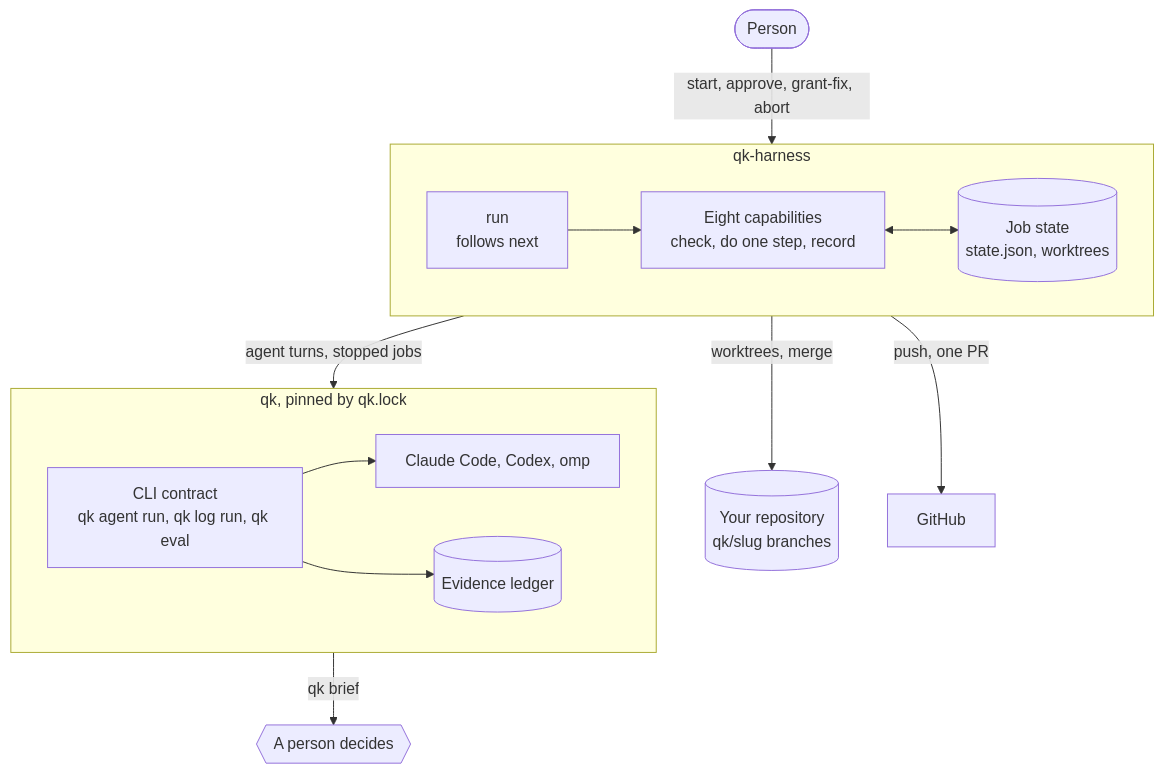
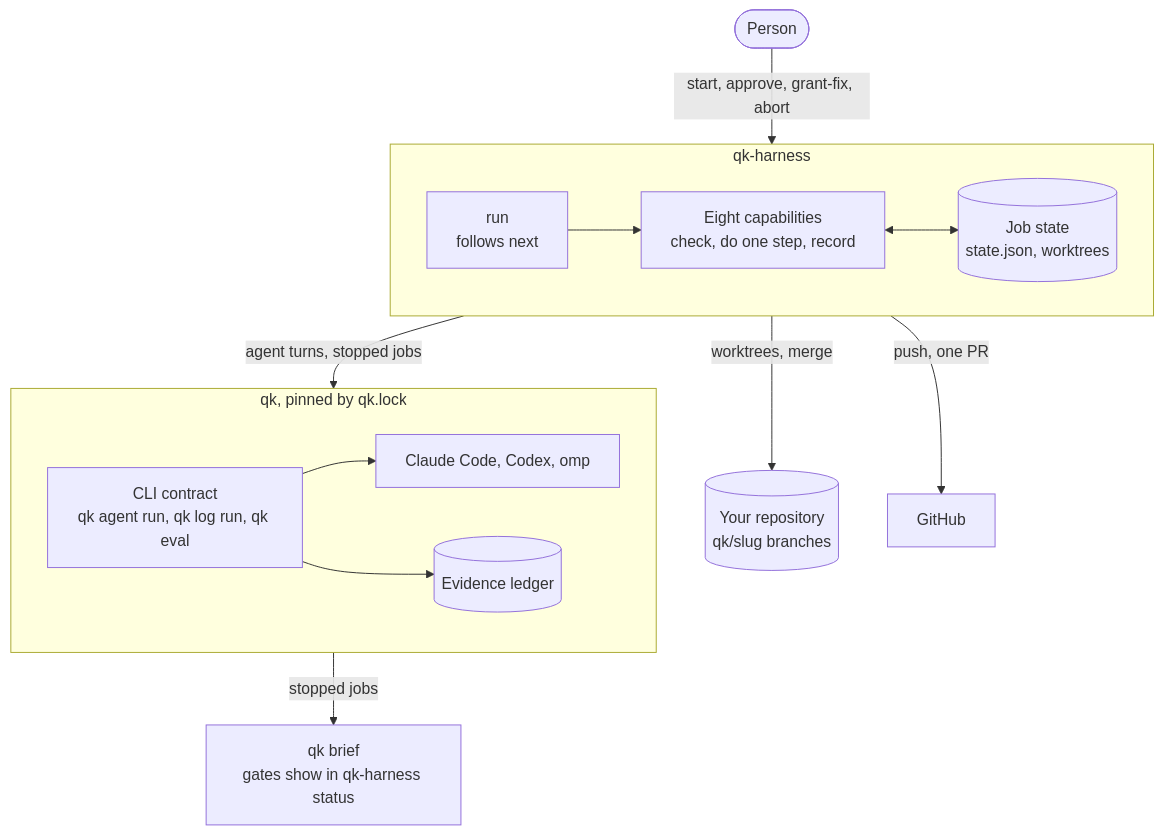
Before and after one commit to dakiquang/qk-harness: the diagram in docs/en/guide.md, drawn with Mermaid. The commit also changed 3 other files, not shown here.

First line of the commit message:
docs: show the contract revision, task fix rounds and gates in the diagrams

````diff
--- a/docs/en/guide.md
+++ b/docs/en/guide.md
@@ -14,18 +14,18 @@
 ```mermaid
 flowchart TB
     person(["Person"]) -- "start, approve, grant-fix, abort" --> harness
     subgraph harness ["qk-harness"]
         direction LR
         coord["run<br/>follows next"] --> caps["Eight capabilities<br/>check, do one step, record"]
         caps <--> state[("Job state<br/>state.json, worktrees")]
     end
     harness -- "agent turns, stopped jobs" --> qk
     harness -- "worktrees, merge" --> repo[("Your repository<br/>qk/slug branches")]
     harness -- "push, one PR" --> github["GitHub"]
     subgraph qk ["qk, pinned by qk.lock"]
         direction LR
         cli["CLI contract<br/>qk agent run, qk log run, qk eval"] --> runtimes["Claude Code, Codex, omp"]
         cli --> ledger[("Evidence ledger")]
     end
-    qk -- "qk brief" --> decide{{"A person decides"}}
+    qk -- "stopped jobs" --> brief["qk brief<br/>gates show in qk-harness status"]
 ```
````
